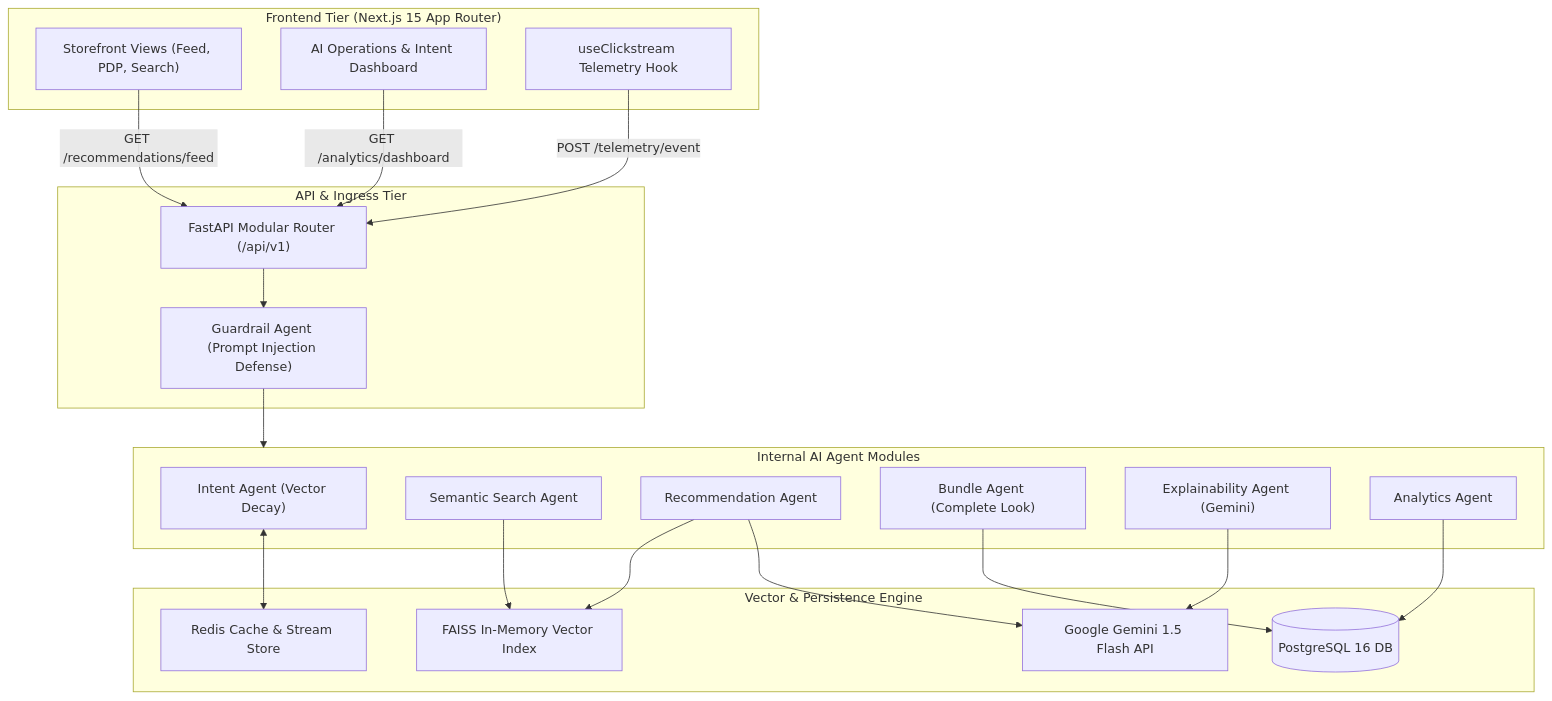
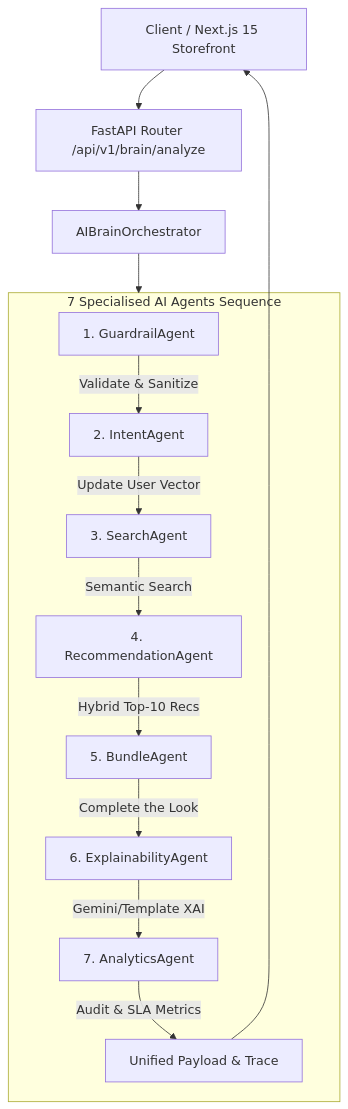
Before and after one commit to saipraveen-k/IntentIQ: the diagram in README.md, drawn with Mermaid. The commit also changed other lines of this file and 109 other files, not shown here.

Commit message:
feat(release): Final production release of IntentIQ AI engine and storefront

````diff
--- a/README.md
+++ b/README.md
@@ -117,44 +25,18 @@
 ```mermaid
-flowchart TB
-    subgraph Client ["Frontend Tier (Next.js 15 App Router)"]
-        Storefront["Storefront Views (Feed, PDP, Search)"]
-        Dashboard["AI Operations & Intent Dashboard"]
-        Hook["useClickstream Telemetry Hook"]
+flowchart TD
+    Client["Client / Next.js 15 Storefront"] --> API["FastAPI Router /api/v1/brain/analyze"]
+    API --> Brain["AIBrainOrchestrator"]
+
+    subgraph Agents ["7 Specialised AI Agents Sequence"]
+        A1["1. GuardrailAgent"] -->|Validate & Sanitize| A2["2. IntentAgent"]
+        A2 -->|Update User Vector| A3["3. SearchAgent"]
+        A3 -->|Semantic Search| A4["4. RecommendationAgent"]
+        A4 -->|Hybrid Top-10 Recs| A5["5. BundleAgent"]
+        A5 -->|Complete the Look| A6["6. ExplainabilityAgent"]
+        A6 -->|Gemini/Template XAI| A7["7. AnalyticsAgent"]
+        A7 -->|Audit & SLA Metrics| Merger["Unified Payload & Trace"]
     end
 
-    subgraph Ingress ["API & Ingress Tier"]
-        FastAPI["FastAPI Modular Router (/api/v1)"]
-        Guardrail["Guardrail Agent (Prompt Injection Defense)"]
-    end
-
-    subgraph Agents ["Internal AI Agent Modules"]
-        IntentAgent["Intent Agent (Vector Decay)"]
-        SearchAgent["Semantic Search Agent"]
-        RecAgent["Recommendation Agent"]
-        BundleAgent["Bundle Agent (Complete Look)"]
-        XAIAgent["Explainability Agent (Gemini)"]
-        AnalyticsAgent["Analytics Agent"]
-    end
-
-    subgraph Data ["Vector & Persistence Engine"]
-        FAISS["FAISS In-Memory Vector Index"]
-        Redis["Redis Cache & Stream Store"]
-        Postgres[("PostgreSQL 16 DB")]
-        Gemini["Google Gemini 1.5 Flash API"]
-    end
-
-    Hook -->|POST /telemetry/event| FastAPI
-    Storefront -->|GET /recommendations/feed| FastAPI
-    Dashboard -->|GET /analytics/dashboard| FastAPI
-
-    FastAPI --> Guardrail
-    Guardrail --> Agents
-
-    IntentAgent <--> Redis
-    SearchAgent --> FAISS
-    RecAgent --> FAISS
-    RecAgent --> Gemini
-    BundleAgent --> Postgres
-    XAIAgent --> Gemini
-    AnalyticsAgent --> Postgres
+    Brain --> Agents
+    Merger --> Client
 ```
````
